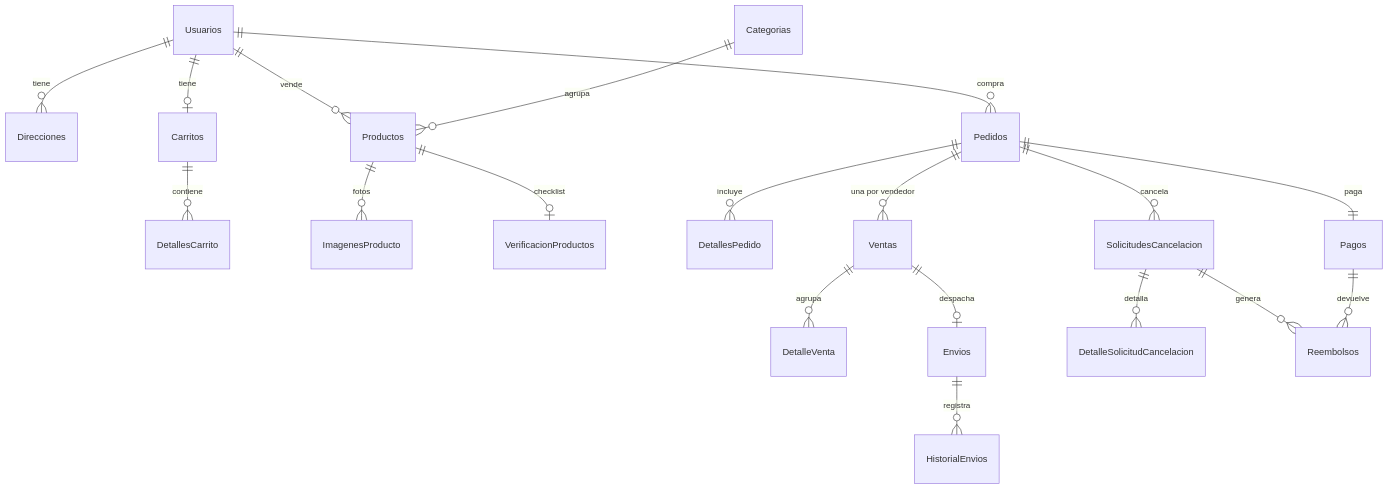
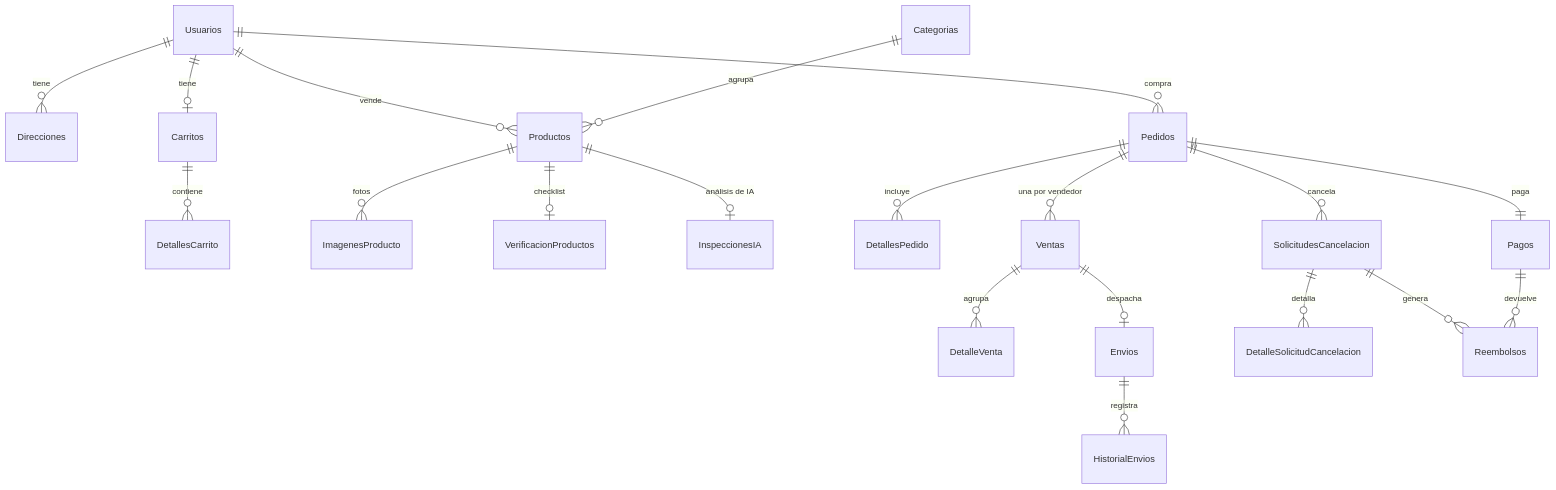
One commit to alejo7762-coder/ElectroMarket changed the diagram in database/README.md. Above: the diagram before and after it, drawn with Mermaid. The commit also changed other lines of this file and 52 other files, not shown here.

````diff
--- a/database/README.md
+++ b/database/README.md
@@ -18,21 +19,22 @@
 ```mermaid
 erDiagram
     Usuarios ||--o{ Direcciones : tiene
     Usuarios ||--o| Carritos : tiene
     Carritos ||--o{ DetallesCarrito : contiene
     Usuarios ||--o{ Productos : vende
     Categorias ||--o{ Productos : agrupa
     Productos ||--o{ ImagenesProducto : fotos
     Productos ||--o| VerificacionProductos : checklist
+    Productos ||--o| InspeccionesIA : "análisis de IA"
     Usuarios ||--o{ Pedidos : compra
     Pedidos ||--o{ DetallesPedido : incluye
     Pedidos ||--|| Pagos : paga
     Pedidos ||--o{ Ventas : "una por vendedor"
     Ventas ||--o{ DetalleVenta : agrupa
     Ventas ||--o| Envios : despacha
     Envios ||--o{ HistorialEnvios : registra
     Pedidos ||--o{ SolicitudesCancelacion : cancela
     SolicitudesCancelacion ||--o{ DetalleSolicitudCancelacion : detalla
     SolicitudesCancelacion ||--o{ Reembolsos : genera
     Pagos ||--o{ Reembolsos : devuelve
 ```
````
